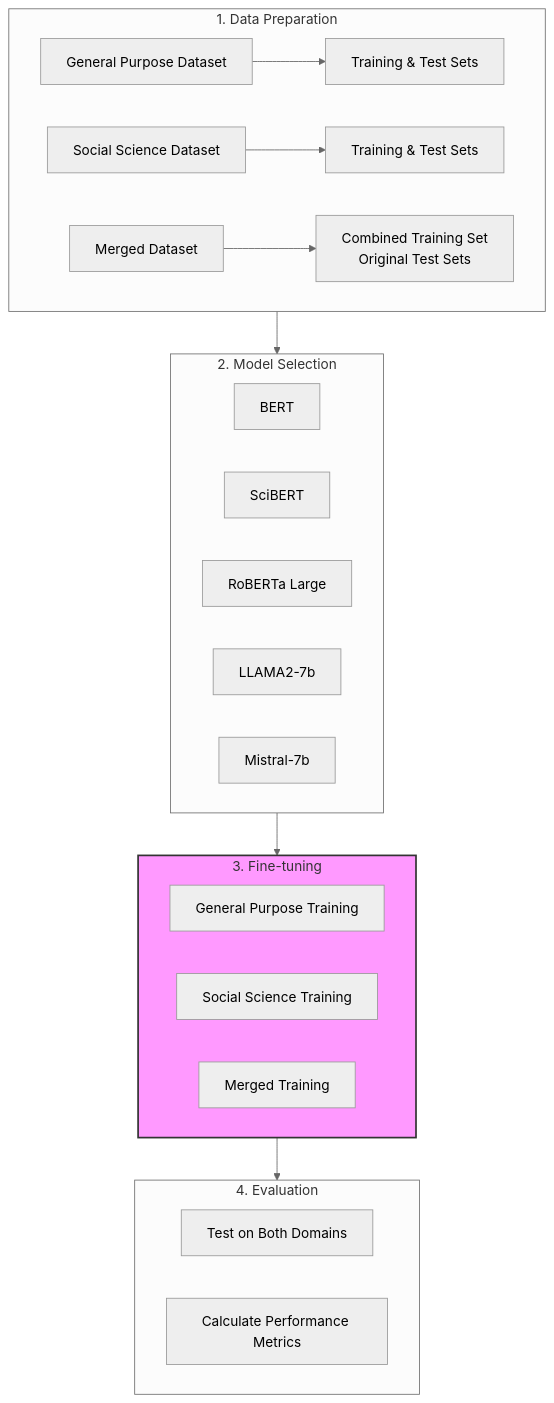
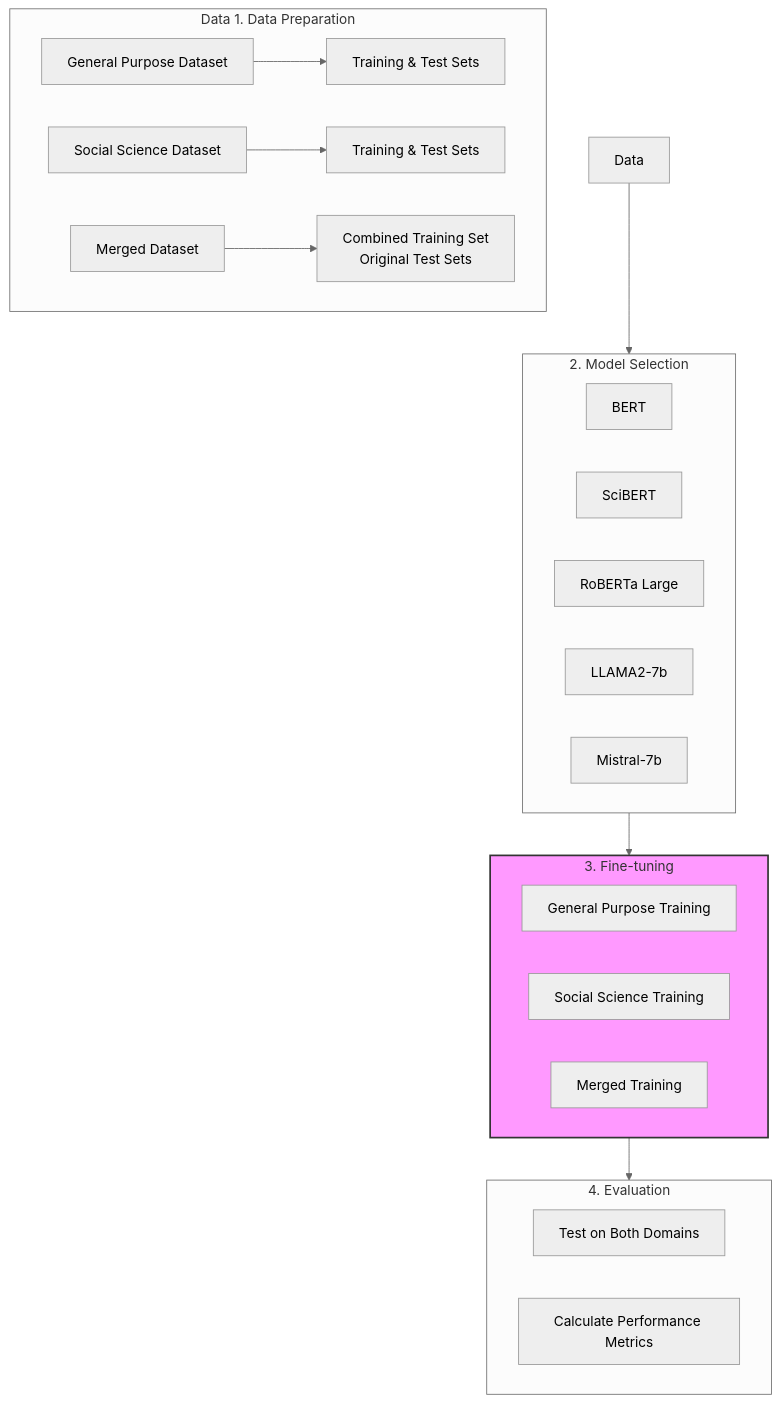
Before and after one commit to rasoulnorouzi/cessc: the diagram in README.md, drawn with Mermaid (neutral theme).

````diff
--- a/README.md
+++ b/README.md
@@ -37,34 +37,34 @@
 ```mermaid
 flowchart TD
-    subgraph Data[1. Data Preparation]
+    subgraph Data 1. Data Preparation
         A1[General Purpose Dataset] --> C1[Training & Test Sets]
         A2[Social Science Dataset] --> C2[Training & Test Sets]
         A3[Merged Dataset] --> C3[Combined Training Set<br>Original Test Sets]
     end
 
     subgraph Models["2. Model Selection"]
         M1[BERT]
         M2[SciBERT]
         M3[RoBERTa Large]
         M4[LLAMA2-7b]
         M5[Mistral-7b]
     end
 
     subgraph Training["3. Fine-tuning"]
         T1[General Purpose Training]
         T2[Social Science Training]
         T3[Merged Training]
     end
 
     subgraph Eval["4. Evaluation"]
         E1[Test on Both Domains]
         E2[Calculate Performance Metrics]
     end
 
     Data --> Models
     Models --> Training
     Training --> Eval
 
     classDef highlight fill:#f9f,stroke:#333,stroke-width:2px
     class Training highlight
 ```
````
